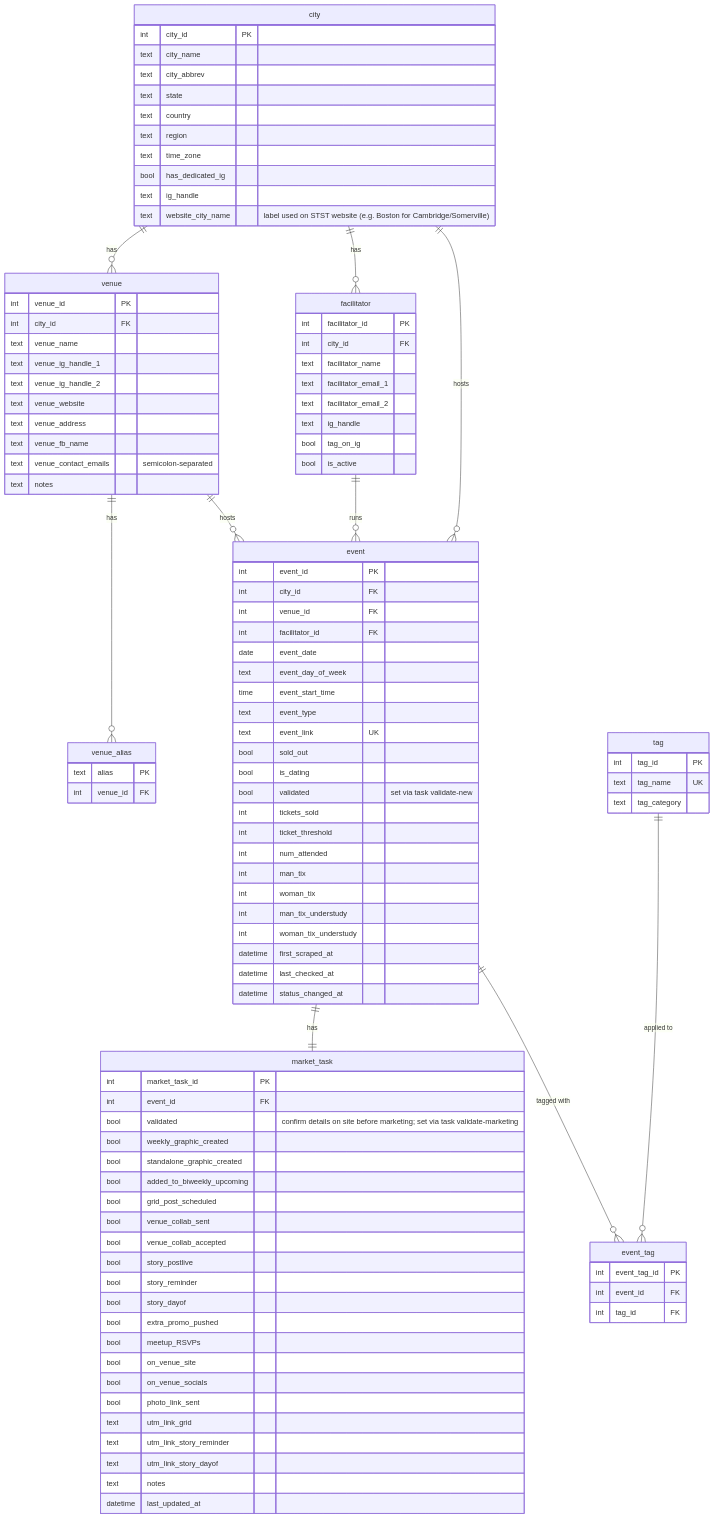
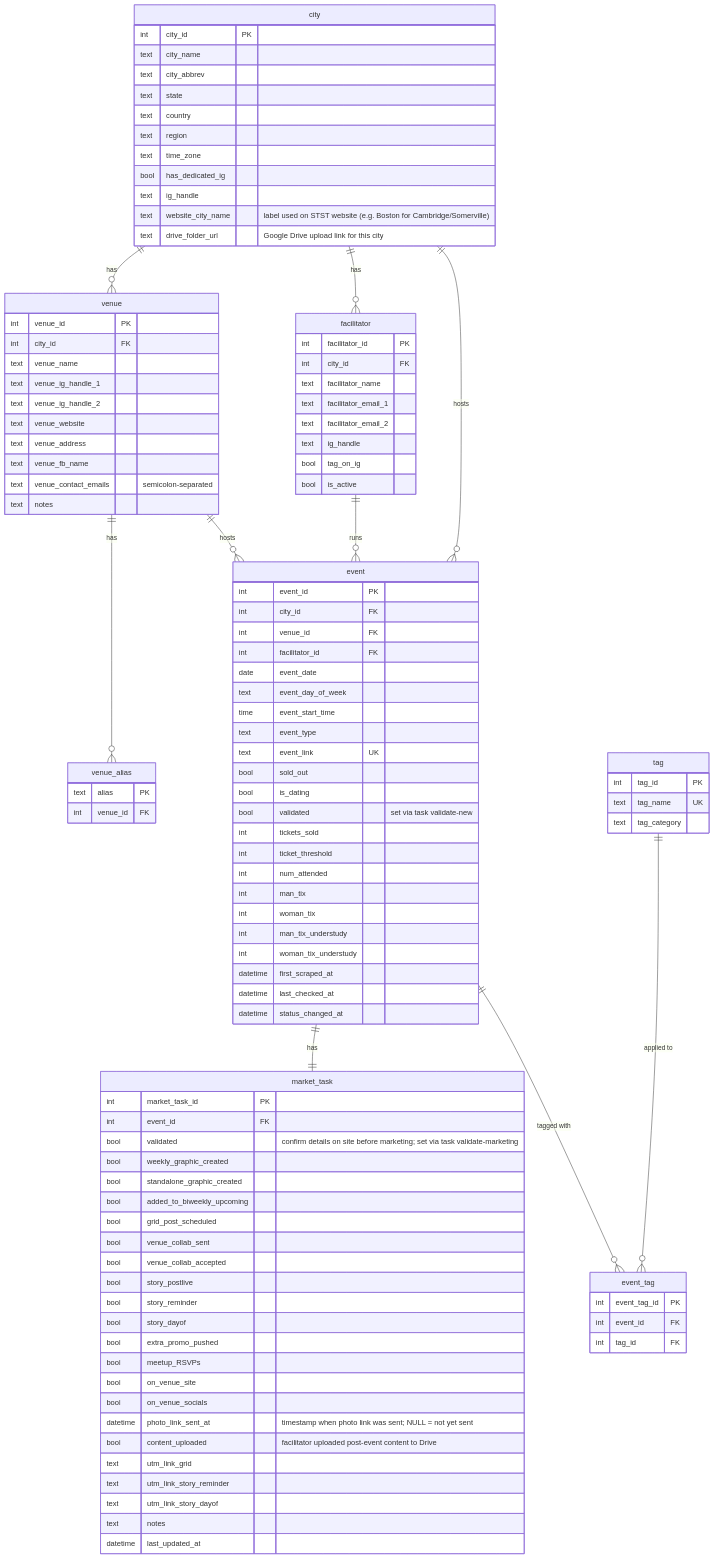
The diagram in README.md (ellen-dege/stst_dev), drawn with Mermaid before and after one commit. The commit also changed other lines of this file and 6 other files, not shown here.

```diff
--- a/README.md
+++ b/README.md
@@ -125,6 +128,7 @@
         bool has_dedicated_ig
         text ig_handle
         text website_city_name "label used on STST website (e.g. Boston for Cambridge/Somerville)"
+        text drive_folder_url "Google Drive upload link for this city"
     }
 
     facilitator {
@@ -198,7 +202,8 @@
         bool meetup_RSVPs
         bool on_venue_site
         bool on_venue_socials
-        bool photo_link_sent
+        datetime photo_link_sent_at "timestamp when photo link was sent; NULL = not yet sent"
+        bool content_uploaded "facilitator uploaded post-event content to Drive"
         text utm_link_grid
         text utm_link_story_reminder
         text utm_link_story_dayof
```
